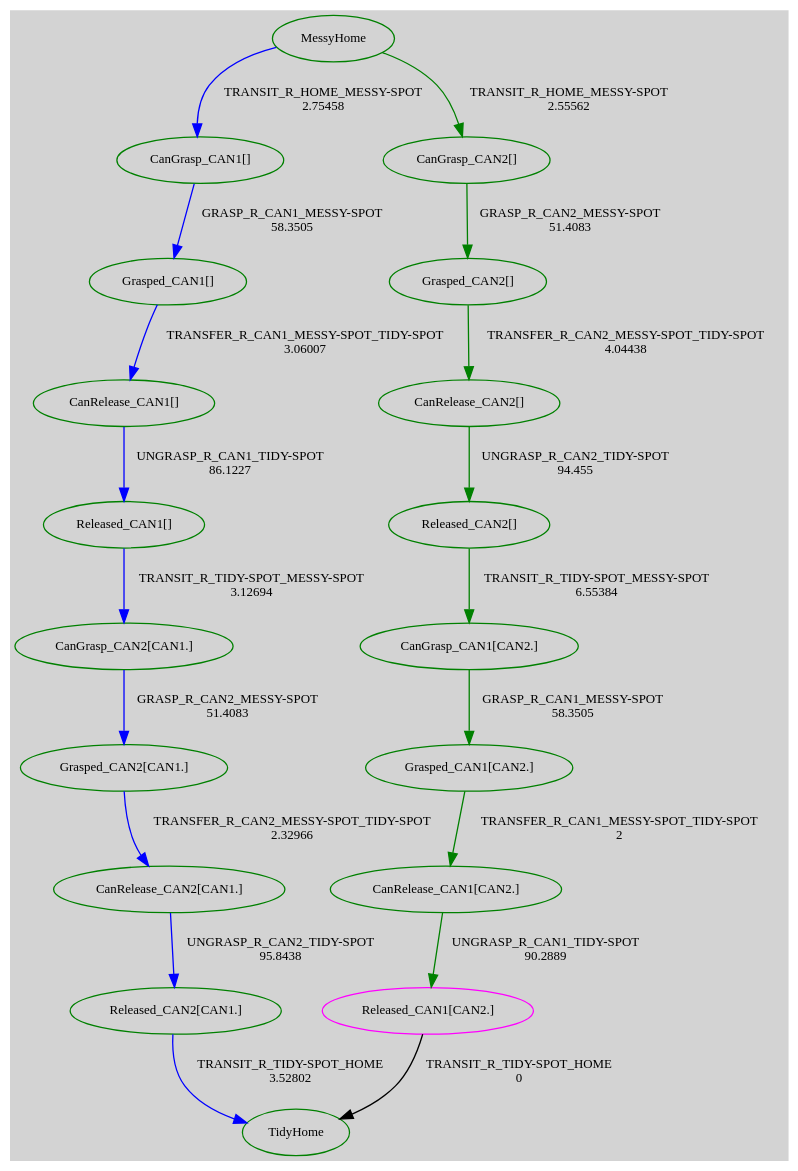
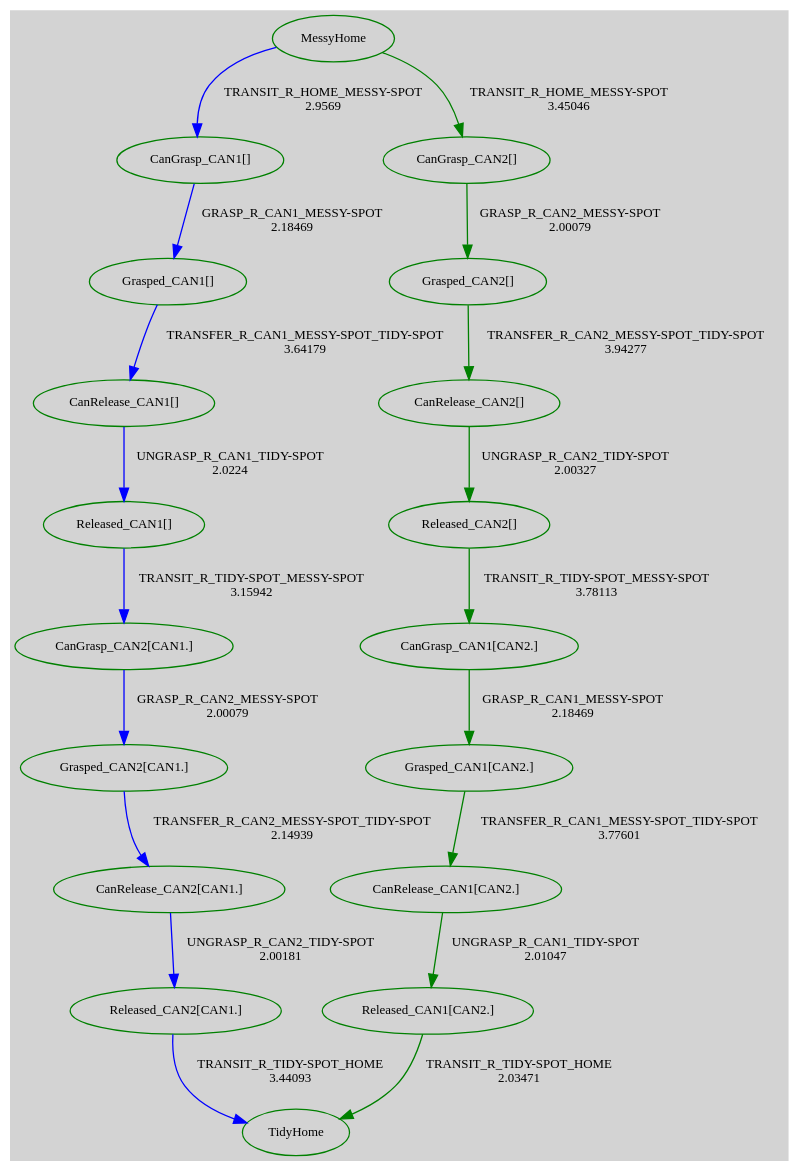
The diagram in planner_manager/tmg/tmg.dot (tttor/hiroken-ros-pkg), drawn with Graphviz before and after one commit. The commit also changed 10 other files, not shown here.

```diff
--- a/planner_manager/tmg/tmg.dot
+++ b/planner_manager/tmg/tmg.dot
@@ -1,39 +1,39 @@
 digraph G {
 graph [bgcolor=lightgrey]
 0[label="MessyHome",fontsize="10",color="green"];
 1[label="TidyHome",fontsize="10",color="green"];
 2[label="CanGrasp_CAN1[]",fontsize="10",color="green"];
 3[label="Grasped_CAN1[]",fontsize="10",color="green"];
 4[label="CanRelease_CAN1[]",fontsize="10",color="green"];
 5[label="Released_CAN1[]",fontsize="10",color="green"];
 6[label="CanGrasp_CAN2[CAN1.]",fontsize="10",color="green"];
 7[label="Grasped_CAN2[CAN1.]",fontsize="10",color="green"];
 8[label="CanRelease_CAN2[CAN1.]",fontsize="10",color="green"];
 9[label="Released_CAN2[CAN1.]",fontsize="10",color="green"];
 10[label="CanGrasp_CAN2[]",fontsize="10",color="green"];
 11[label="Grasped_CAN2[]",fontsize="10",color="green"];
 12[label="CanRelease_CAN2[]",fontsize="10",color="green"];
 13[label="Released_CAN2[]",fontsize="10",color="green"];
 14[label="CanGrasp_CAN1[CAN2.]",fontsize="10",color="green"];
 15[label="Grasped_CAN1[CAN2.]",fontsize="10",color="green"];
 16[label="CanRelease_CAN1[CAN2.]",fontsize="10",color="green"];
-17[label="Released_CAN1[CAN2.]",fontsize="10",color="magenta"];
-0->2 [label="TRANSIT_R_HOME_MESSY-SPOT\n2.75458",fontsize="10",color="blue"];
-2->3 [label="GRASP_R_CAN1_MESSY-SPOT\n58.3505",fontsize="10",color="blue"];
-3->4 [label="TRANSFER_R_CAN1_MESSY-SPOT_TIDY-SPOT\n3.06007",fontsize="10",color="blue"];
-4->5 [label="UNGRASP_R_CAN1_TIDY-SPOT\n86.1227",fontsize="10",color="blue"];
-5->6 [label="TRANSIT_R_TIDY-SPOT_MESSY-SPOT\n3.12694",fontsize="10",color="blue"];
-6->7 [label="GRASP_R_CAN2_MESSY-SPOT\n51.4083",fontsize="10",color="blue"];
-7->8 [label="TRANSFER_R_CAN2_MESSY-SPOT_TIDY-SPOT\n2.32966",fontsize="10",color="blue"];
-8->9 [label="UNGRASP_R_CAN2_TIDY-SPOT\n95.8438",fontsize="10",color="blue"];
-9->1 [label="TRANSIT_R_TIDY-SPOT_HOME\n3.52802",fontsize="10",color="blue"];
-0->10 [label="TRANSIT_R_HOME_MESSY-SPOT\n2.55562",fontsize="10",color="green"];
-10->11 [label="GRASP_R_CAN2_MESSY-SPOT\n51.4083",fontsize="10",color="green"];
-11->12 [label="TRANSFER_R_CAN2_MESSY-SPOT_TIDY-SPOT\n4.04438",fontsize="10",color="green"];
-12->13 [label="UNGRASP_R_CAN2_TIDY-SPOT\n94.455",fontsize="10",color="green"];
-13->14 [label="TRANSIT_R_TIDY-SPOT_MESSY-SPOT\n6.55384",fontsize="10",color="green"];
-14->15 [label="GRASP_R_CAN1_MESSY-SPOT\n58.3505",fontsize="10",color="green"];
-15->16 [label="TRANSFER_R_CAN1_MESSY-SPOT_TIDY-SPOT\n2",fontsize="10",color="green"];
-16->17 [label="UNGRASP_R_CAN1_TIDY-SPOT\n90.2889",fontsize="10",color="green"];
-17->1 [label="TRANSIT_R_TIDY-SPOT_HOME\n0",fontsize="10"];
+17[label="Released_CAN1[CAN2.]",fontsize="10",color="green"];
+0->2 [label="TRANSIT_R_HOME_MESSY-SPOT\n2.9569",fontsize="10",color="blue"];
+2->3 [label="GRASP_R_CAN1_MESSY-SPOT\n2.18469",fontsize="10",color="blue"];
+3->4 [label="TRANSFER_R_CAN1_MESSY-SPOT_TIDY-SPOT\n3.64179",fontsize="10",color="blue"];
+4->5 [label="UNGRASP_R_CAN1_TIDY-SPOT\n2.0224",fontsize="10",color="blue"];
+5->6 [label="TRANSIT_R_TIDY-SPOT_MESSY-SPOT\n3.15942",fontsize="10",color="blue"];
+6->7 [label="GRASP_R_CAN2_MESSY-SPOT\n2.00079",fontsize="10",color="blue"];
+7->8 [label="TRANSFER_R_CAN2_MESSY-SPOT_TIDY-SPOT\n2.14939",fontsize="10",color="blue"];
+8->9 [label="UNGRASP_R_CAN2_TIDY-SPOT\n2.00181",fontsize="10",color="blue"];
+9->1 [label="TRANSIT_R_TIDY-SPOT_HOME\n3.44093",fontsize="10",color="blue"];
+0->10 [label="TRANSIT_R_HOME_MESSY-SPOT\n3.45046",fontsize="10",color="green"];
+10->11 [label="GRASP_R_CAN2_MESSY-SPOT\n2.00079",fontsize="10",color="green"];
+11->12 [label="TRANSFER_R_CAN2_MESSY-SPOT_TIDY-SPOT\n3.94277",fontsize="10",color="green"];
+12->13 [label="UNGRASP_R_CAN2_TIDY-SPOT\n2.00327",fontsize="10",color="green"];
+13->14 [label="TRANSIT_R_TIDY-SPOT_MESSY-SPOT\n3.78113",fontsize="10",color="green"];
+14->15 [label="GRASP_R_CAN1_MESSY-SPOT\n2.18469",fontsize="10",color="green"];
+15->16 [label="TRANSFER_R_CAN1_MESSY-SPOT_TIDY-SPOT\n3.77601",fontsize="10",color="green"];
+16->17 [label="UNGRASP_R_CAN1_TIDY-SPOT\n2.01047",fontsize="10",color="green"];
+17->1 [label="TRANSIT_R_TIDY-SPOT_HOME\n2.03471",fontsize="10",color="green"];
 }
```
